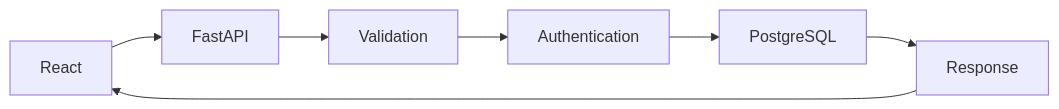
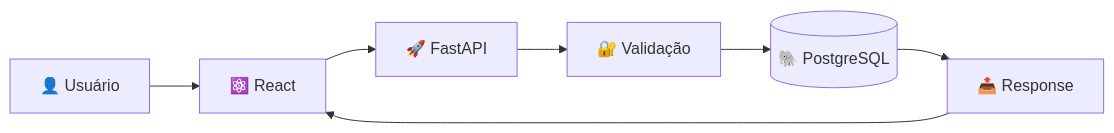
Before and after one commit to joaopedro236/Dailyfoods: the second of 4 diagrams in README.md, drawn with Mermaid. The commit also changed other lines of this file, not shown here.

````diff
--- a/README.md
+++ b/README.md
@@ -118,15 +111,9 @@
 ```mermaid
-graph LR
-
-A[React] --> B[FastAPI]
-
-B --> C[Validation]
-
-C --> D[Authentication]
-
-D --> E[PostgreSQL]
-
-E --> F[Response]
-
-F --> A
+flowchart LR
+    A[👤 Usuário] --> B[⚛️ React]
+    B --> C[🚀 FastAPI]
+    C --> D[🔐 Validação]
+    D --> E[(🐘 PostgreSQL)]
+    E --> F[📤 Response]
+    F --> B
 ```
````
